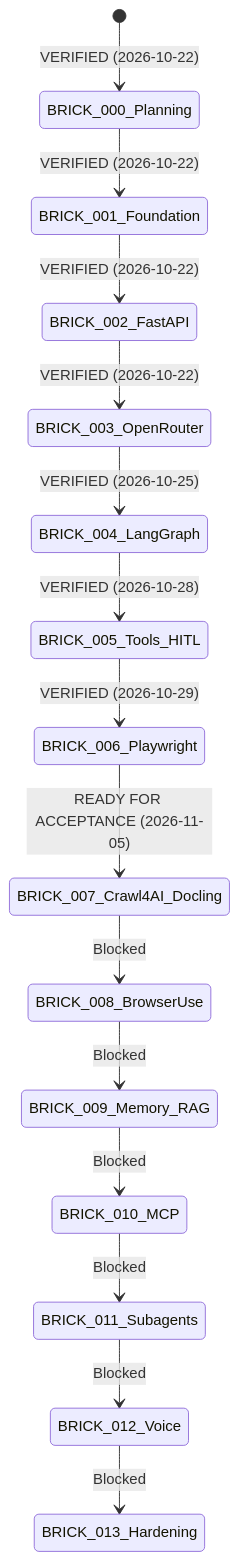
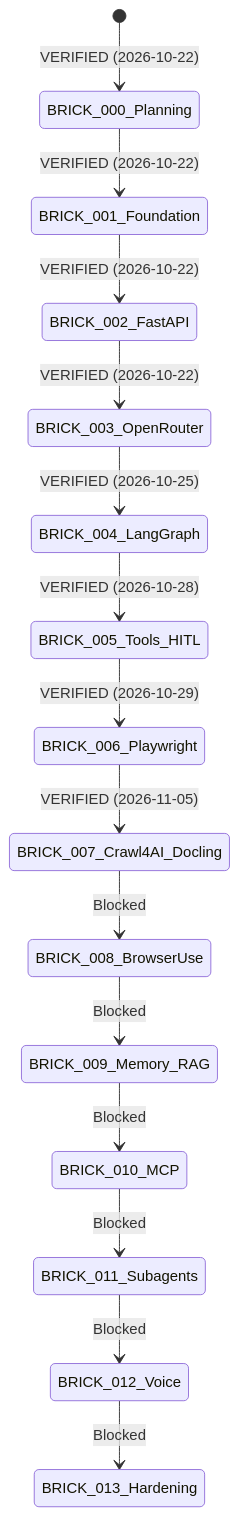
Before and after one commit to Aryramy/javed: the diagram in docs/PROGRESS.md, drawn with Mermaid. The commit also changed other lines of this file and 4 other files, not shown here.

Commit message:
docs(governance): synchronize BRICK-007 verified milestone and merge commit 4b1463b

````diff
--- a/docs/PROGRESS.md
+++ b/docs/PROGRESS.md
@@ -28,17 +28,17 @@
 ```mermaid
 stateDiagram-v2
     [*] --> BRICK_000_Planning: VERIFIED (2026-10-22)
     BRICK_000_Planning --> BRICK_001_Foundation: VERIFIED (2026-10-22)
     BRICK_001_Foundation --> BRICK_002_FastAPI: VERIFIED (2026-10-22)
     BRICK_002_FastAPI --> BRICK_003_OpenRouter: VERIFIED (2026-10-22)
     BRICK_003_OpenRouter --> BRICK_004_LangGraph: VERIFIED (2026-10-25)
     BRICK_004_LangGraph --> BRICK_005_Tools_HITL: VERIFIED (2026-10-28)
     BRICK_005_Tools_HITL --> BRICK_006_Playwright: VERIFIED (2026-10-29)
-    BRICK_006_Playwright --> BRICK_007_Crawl4AI_Docling: READY FOR ACCEPTANCE (2026-11-05)
+    BRICK_006_Playwright --> BRICK_007_Crawl4AI_Docling: VERIFIED (2026-11-05)
     BRICK_007_Crawl4AI_Docling --> BRICK_008_BrowserUse: Blocked
     BRICK_008_BrowserUse --> BRICK_009_Memory_RAG: Blocked
     BRICK_009_Memory_RAG --> BRICK_010_MCP: Blocked
     BRICK_010_MCP --> BRICK_011_Subagents: Blocked
     BRICK_011_Subagents --> BRICK_012_Voice: Blocked
     BRICK_012_Voice --> BRICK_013_Hardening: Blocked
 ```
````
